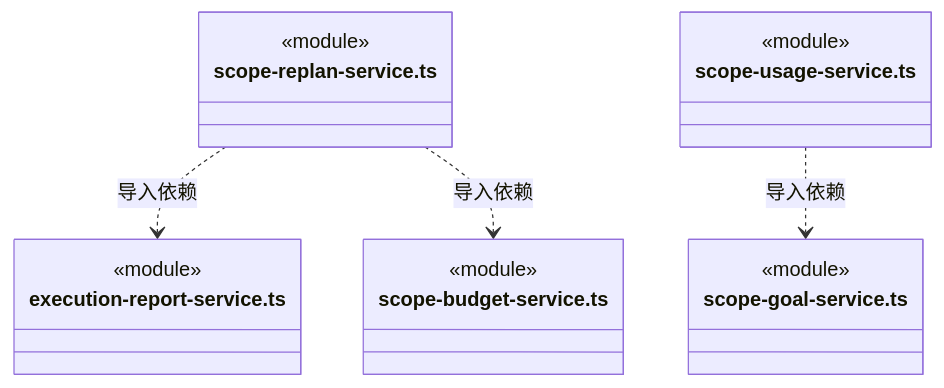
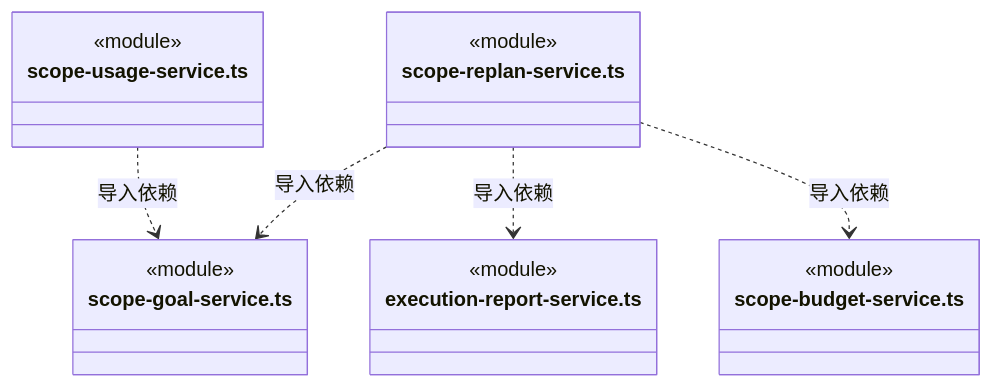
Before and after one commit to nan023062/cbim: diagram 47 of 50 in src/backend/scheduler-engine/execution/ARCHITECTURE.md, drawn with Mermaid. The commit also changed other lines of this file and 53 other files, not shown here.

````diff
--- a/src/backend/scheduler-engine/execution/ARCHITECTURE.md
+++ b/src/backend/scheduler-engine/execution/ARCHITECTURE.md
@@ -1219,21 +1266,22 @@
 ```mermaid
 classDiagram
 class N_src_backend_scheduler_engine_execution_scope_replan_service_ts["scope-replan-service.ts"] {
+  <<module>>
+}
+class N_src_backend_scheduler_engine_execution_scope_goal_service_ts["scope-goal-service.ts"] {
   <<module>>
 }
 class N_src_backend_scheduler_engine_execution_execution_report_service_ts["execution-report-service.ts"] {
   <<module>>
 }
 class N_src_backend_scheduler_engine_execution_scope_budget_service_ts["scope-budget-service.ts"] {
   <<module>>
 }
 class N_src_backend_scheduler_engine_execution_scope_usage_service_ts["scope-usage-service.ts"] {
   <<module>>
 }
-class N_src_backend_scheduler_engine_execution_scope_goal_service_ts["scope-goal-service.ts"] {
-  <<module>>
-}
+N_src_backend_scheduler_engine_execution_scope_replan_service_ts ..> N_src_backend_scheduler_engine_execution_scope_goal_service_ts : 导入依赖
 N_src_backend_scheduler_engine_execution_scope_replan_service_ts ..> N_src_backend_scheduler_engine_execution_execution_report_service_ts : 导入依赖
 N_src_backend_scheduler_engine_execution_scope_replan_service_ts ..> N_src_backend_scheduler_engine_execution_scope_budget_service_ts : 导入依赖
 N_src_backend_scheduler_engine_execution_scope_usage_service_ts ..> N_src_backend_scheduler_engine_execution_scope_goal_service_ts : 导入依赖
 ```
````
